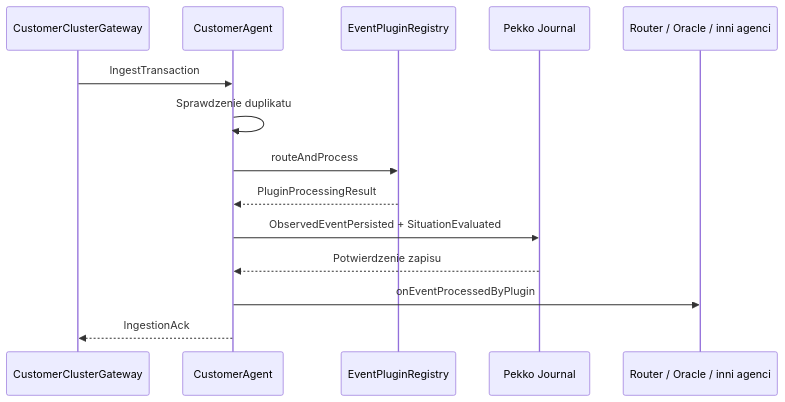
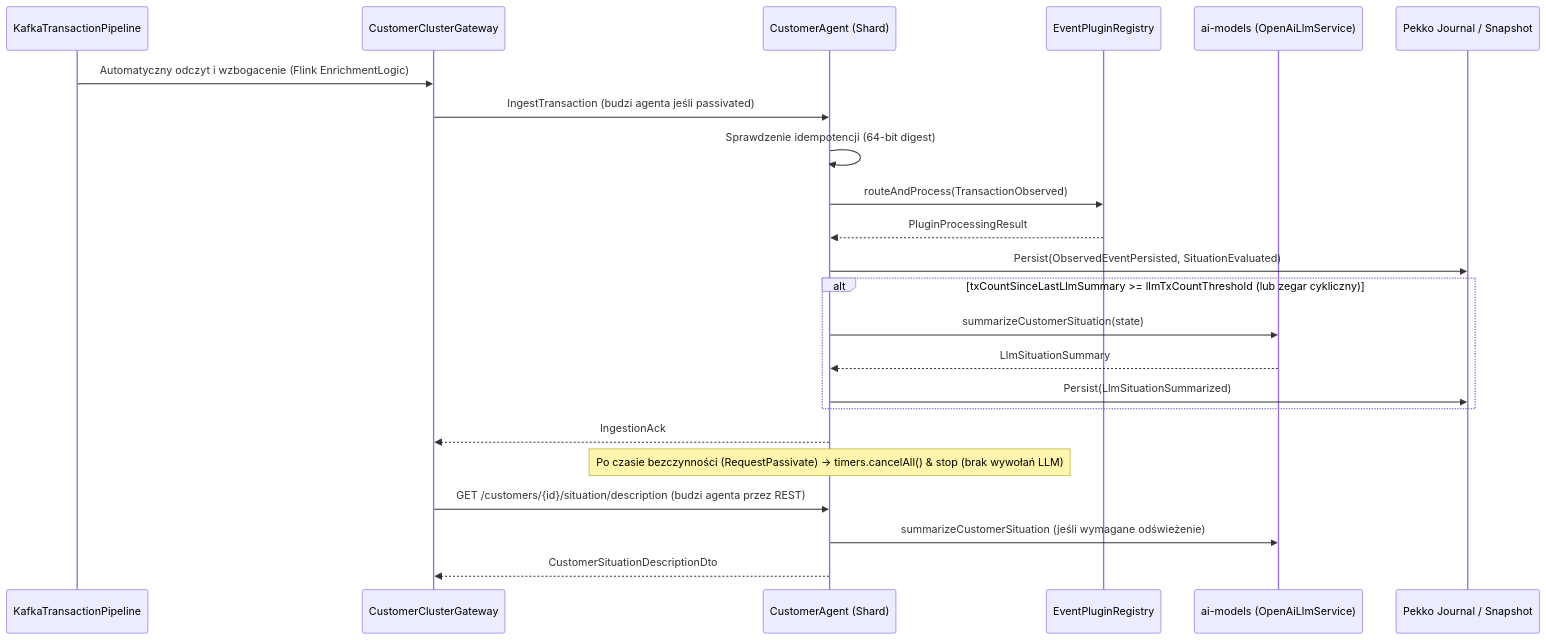
One commit to kkaduk/CustAgents changed the second of 4 diagrams in Doc/Arch4+1Description.md. Above: the diagram before and after it, drawn with Mermaid. The commit also changed other lines of this file, not shown here.

````diff
--- a/Doc/Arch4+1Description.md
+++ b/Doc/Arch4+1Description.md
@@ -79,17 +85,26 @@
 ```mermaid
 sequenceDiagram
+    participant K as KafkaTransactionPipeline
     participant G as CustomerClusterGateway
-    participant C as CustomerAgent
+    participant C as CustomerAgent (Shard)
     participant P as EventPluginRegistry
-    participant J as Pekko Journal
-    participant R as Router / Oracle / inni agenci
+    participant L as ai-models (OpenAiLlmService)
+    participant J as Pekko Journal / Snapshot
 
-    G->>C: IngestTransaction
-    C->>C: Sprawdzenie duplikatu
-    C->>P: routeAndProcess
+    K->>G: Automatyczny odczyt i wzbogacenie (Flink EnrichmentLogic)
+    G->>C: IngestTransaction (budzi agenta jeśli passivated)
+    C->>C: Sprawdzenie idempotencji (64-bit digest)
+    C->>P: routeAndProcess(TransactionObserved)
     P-->>C: PluginProcessingResult
-    C->>J: ObservedEventPersisted + SituationEvaluated
-    J-->>C: Potwierdzenie zapisu
-    C->>R: onEventProcessedByPlugin
+    C->>J: Persist(ObservedEventPersisted, SituationEvaluated)
+    alt txCountSinceLastLlmSummary >= llmTxCountThreshold (lub zegar cykliczny)
+        C->>L: summarizeCustomerSituation(state)
+        L-->>C: LlmSituationSummary
+        C->>J: Persist(LlmSituationSummarized)
+    end
     C-->>G: IngestionAck
+    Note over C: Po czasie bezczynności (RequestPassivate) -> timers.cancelAll() & stop (brak wywołań LLM)
+    G->>C: GET /customers/{id}/situation/description (budzi agenta przez REST)
+    C->>L: summarizeCustomerSituation (jeśli wymagane odświeżenie)
+    C-->>G: CustomerSituationDescriptionDto
 ```
````
